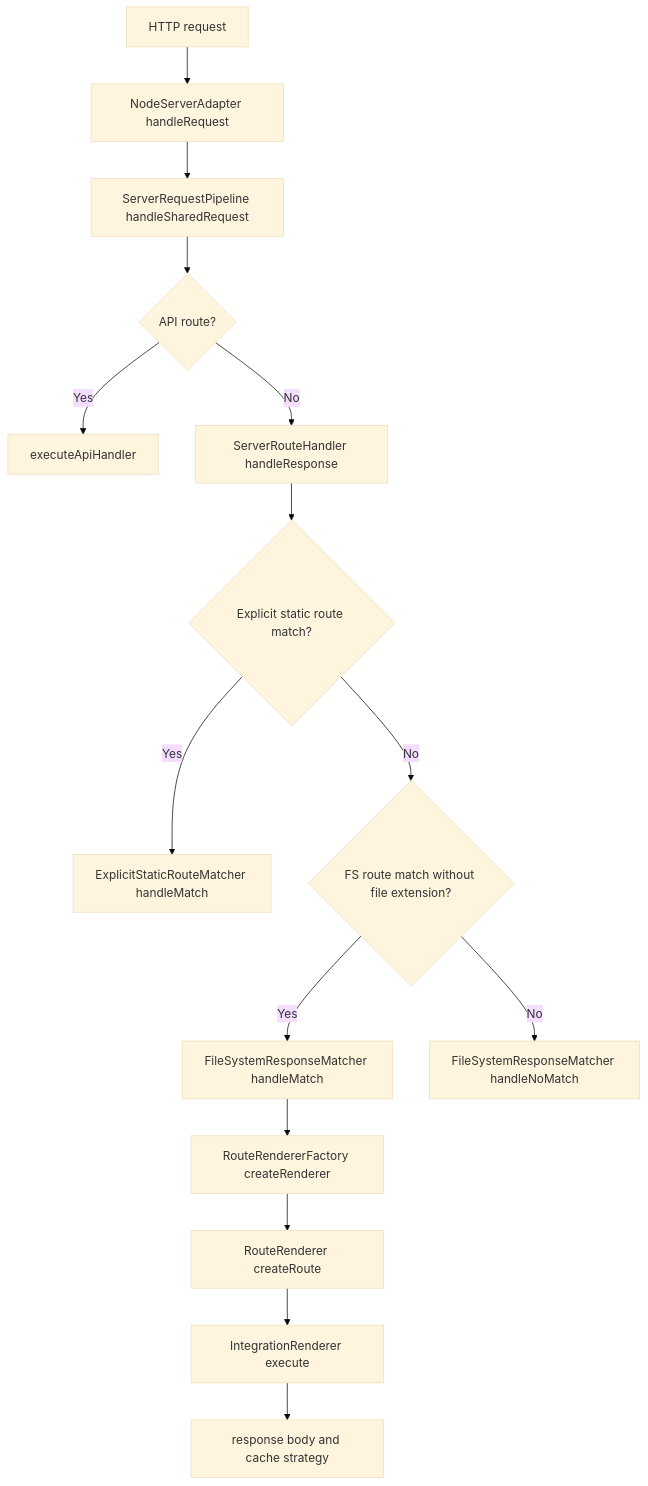
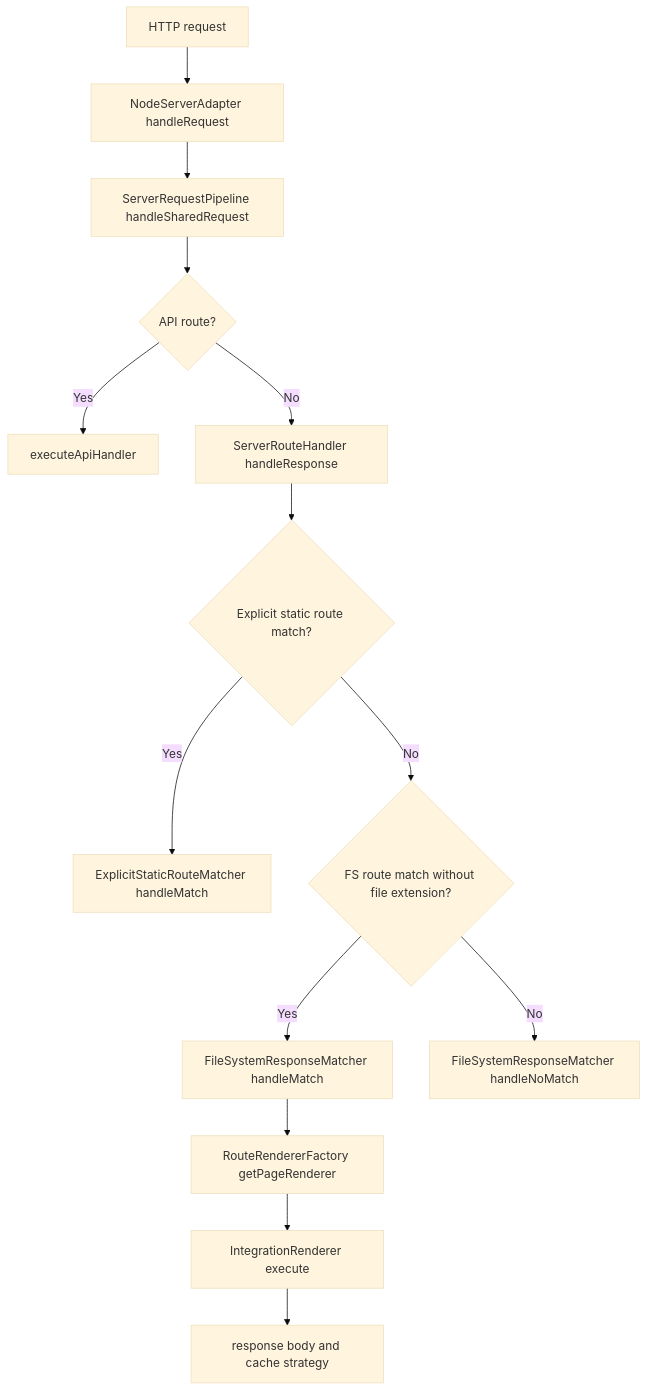
One commit to ecopages/ecopages changed the first of 5 diagrams in packages/core/src/route-renderer/GRAPH.md. Above: the diagram before and after it, drawn with Mermaid (base theme). The commit also changed other lines of this file and 2 other files, not shown here.

Commit message:
docs(core): align route-renderer and router docs with the code
The route-renderer README and GRAPH.md named a RouteRenderer class and a
createRenderer/createRoute step that do not exist, omitted the
finalizeDocument step, and said static export calls renderExplicitView.
The router README claimed init() precompiles match metadata, but matching
parses every template pattern per request.

````diff
--- a/packages/core/src/route-renderer/GRAPH.md
+++ b/packages/core/src/route-renderer/GRAPH.md
@@ -15,19 +15,18 @@
 ```mermaid
 flowchart TD
   A[HTTP request] --> B[NodeServerAdapter handleRequest]
   B --> C[ServerRequestPipeline handleSharedRequest]
   C --> D{API route?}
   D -- Yes --> E[executeApiHandler]
   D -- No --> F[ServerRouteHandler handleResponse]
 
   F --> G{Explicit static route match?}
   G -- Yes --> H[ExplicitStaticRouteMatcher handleMatch]
   G -- No --> I{FS route match without file extension?}
   I -- Yes --> J[FileSystemResponseMatcher handleMatch]
   I -- No --> K[FileSystemResponseMatcher handleNoMatch]
 
-  J --> L[RouteRendererFactory createRenderer]
-  L --> M[RouteRenderer createRoute]
-  M --> N[IntegrationRenderer execute]
+  J --> L[RouteRendererFactory getPageRenderer]
+  L --> N[IntegrationRenderer execute]
   N --> O[response body and cache strategy]
 ```
````
